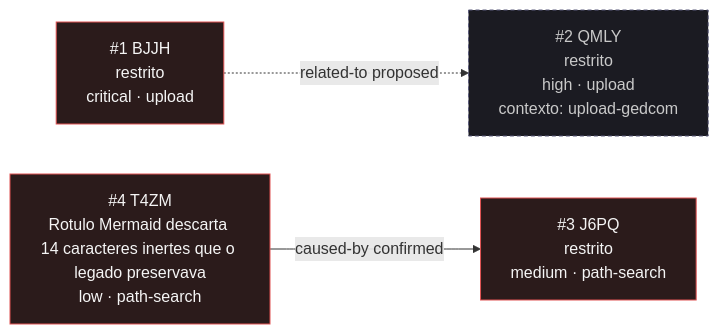
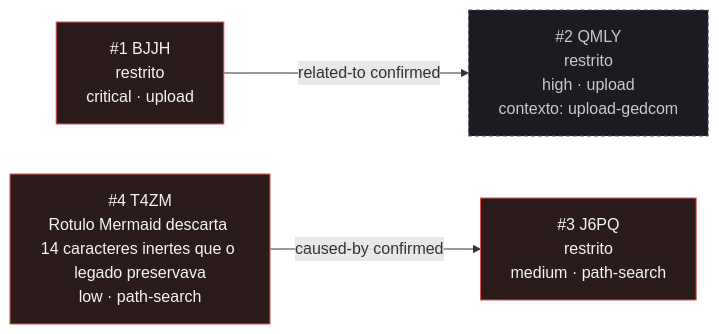
Before and after one commit to Adriano1976/reversa-analisador-genealogico: the diagram in _reversa_bugs/busca-caminho/generated/graph.md, drawn with Mermaid. The commit also changed other lines of this file and 30 other files, not shown here.

First line of the commit message:
fix(reversa): fecha o QMLY e planeja o BJJH

````diff
--- a/_reversa_bugs/busca-caminho/generated/graph.md
+++ b/_reversa_bugs/busca-caminho/generated/graph.md
@@ -5,13 +5,13 @@
 ```mermaid
 graph LR
   BUG-20260929-BJJH["#1 BJJH<br/>restrito<br/>critical · upload"]
   style BUG-20260929-BJJH fill:#2b1b1b,stroke:#e05252,color:#f5f5f5
   BUG-20260929-J6PQ["#3 J6PQ<br/>restrito<br/>medium · path-search"]
   style BUG-20260929-J6PQ fill:#2b1b1b,stroke:#e05252,color:#f5f5f5
   BUG-20261002-T4ZM["#4 T4ZM<br/>Rotulo Mermaid descarta 14 caracteres inertes que o legado preservava<br/>low · path-search"]
   style BUG-20261002-T4ZM fill:#2b1b1b,stroke:#e05252,color:#f5f5f5
   BUG-20260929-QMLY["#2 QMLY<br/>restrito<br/>high · upload<br/>contexto: upload-gedcom"]
   style BUG-20260929-QMLY fill:#1b1b22,stroke:#5a5a7a,color:#c9c9c9,stroke-dasharray:4 3
-  BUG-20260929-BJJH -.->|related-to proposed| BUG-20260929-QMLY
+  BUG-20260929-BJJH -->|related-to confirmed| BUG-20260929-QMLY
   BUG-20261002-T4ZM -->|caused-by confirmed| BUG-20260929-J6PQ
 ```
````
